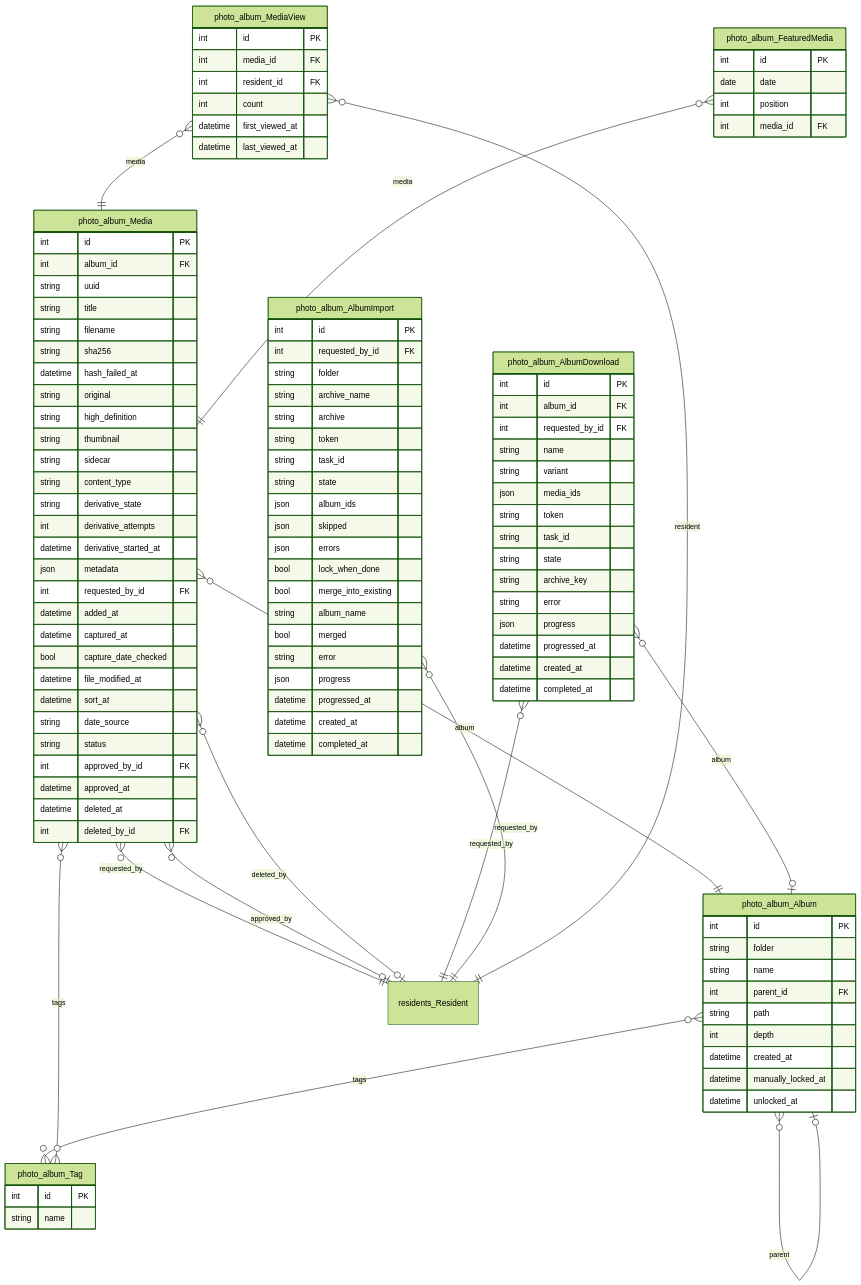
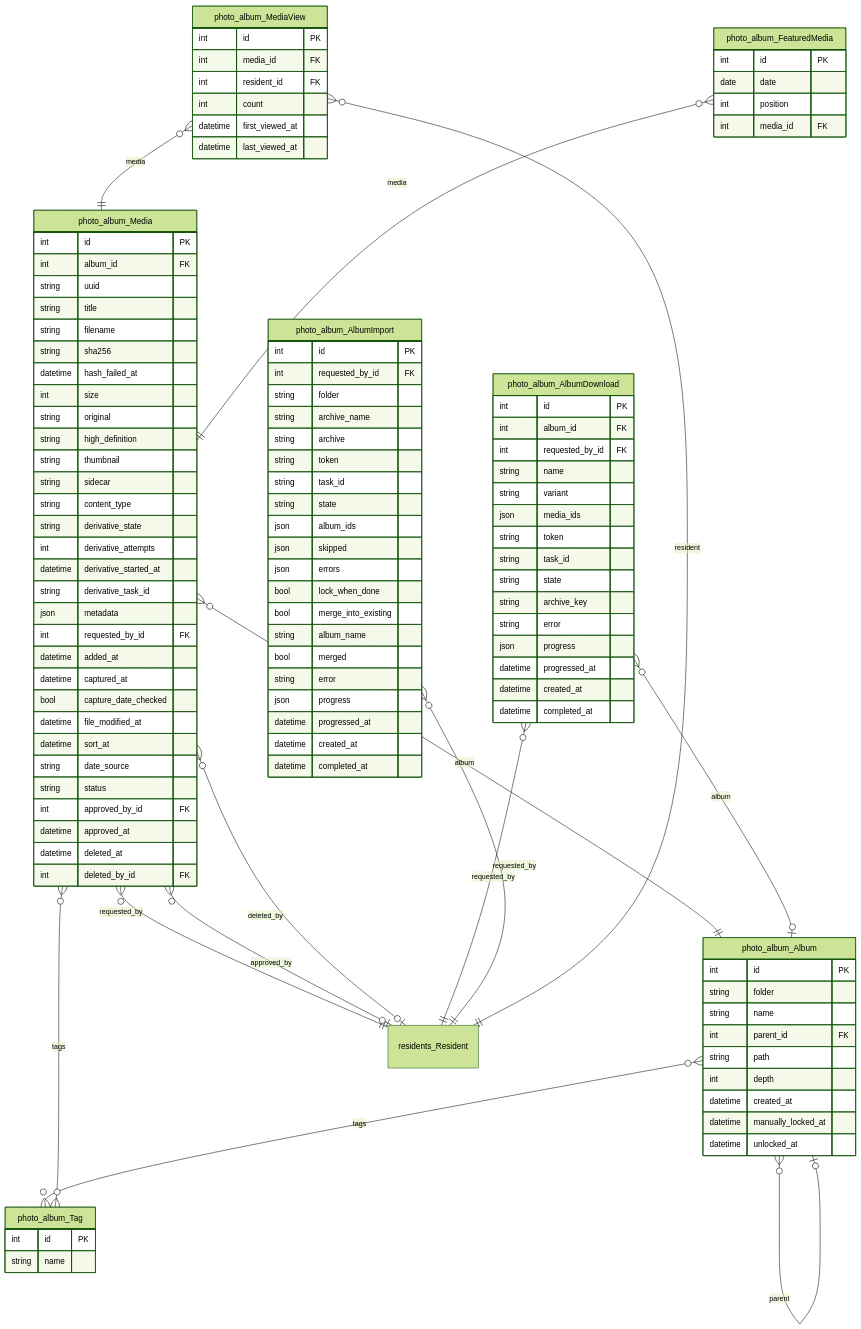
Before and after one commit to GAHK-org/gahk_intern: diagram 12 of 16 in docs/erd.md, drawn with Mermaid (forest theme). The commit also changed other lines of this file and 12 other files, not shown here.

```diff
--- a/docs/erd.md
+++ b/docs/erd.md
@@ -1389,6 +1405,7 @@
         string filename
         string sha256
         datetime hash_failed_at
+        int size
         string original
         string high_definition
         string thumbnail
@@ -1397,6 +1414,7 @@
         string derivative_state
         int derivative_attempts
         datetime derivative_started_at
+        string derivative_task_id
         json metadata
         int requested_by_id FK
         datetime added_at
```
